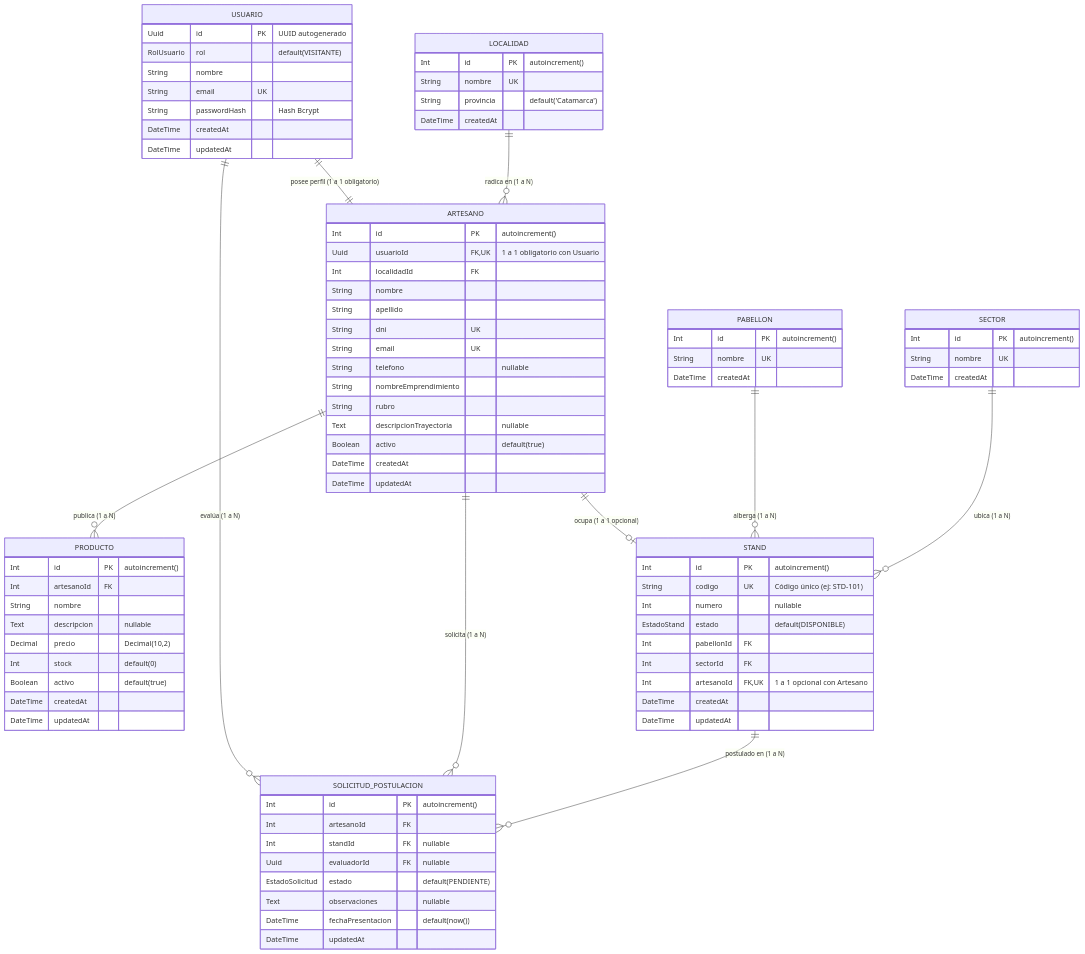
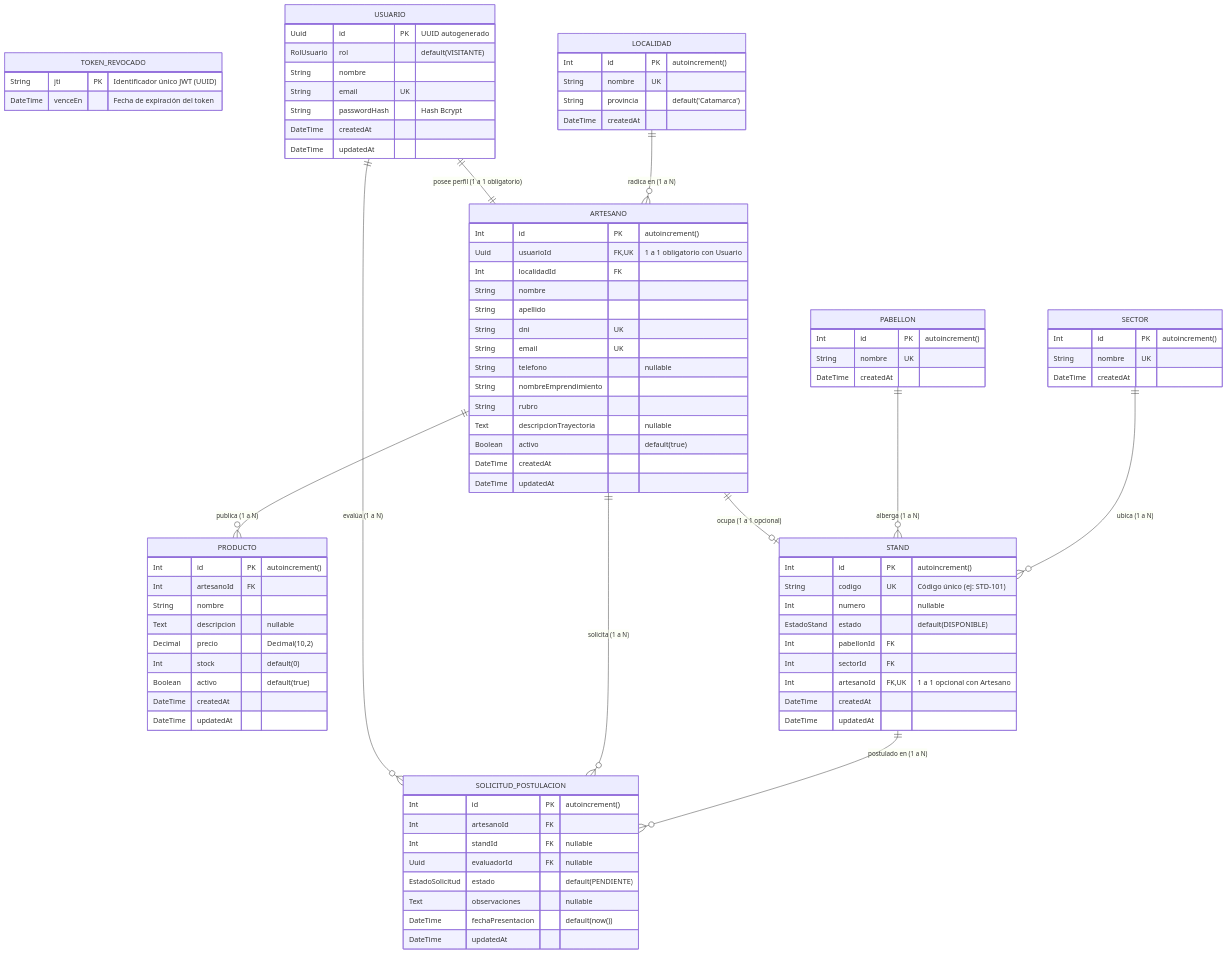
Before and after one commit to LeandroSoria24/Trabajo-de-Laboratorio-BACKEND-2026: the diagram in documentacionPropia/estructura-base-de-datos.md, drawn with Mermaid. The commit also changed other lines of this file and 23 other files, not shown here.

````diff
--- a/documentacionPropia/estructura-base-de-datos.md
+++ b/documentacionPropia/estructura-base-de-datos.md
@@ -33,5 +35,10 @@
 ```mermaid
 erDiagram
+    TOKEN_REVOCADO {
+        String jti PK "Identificador único JWT (UUID)"
+        DateTime venceEn "Fecha de expiración del token"
+    }
+
     USUARIO {
         Uuid id PK "UUID autogenerado"
         RolUsuario rol "default(VISITANTE)"
````
